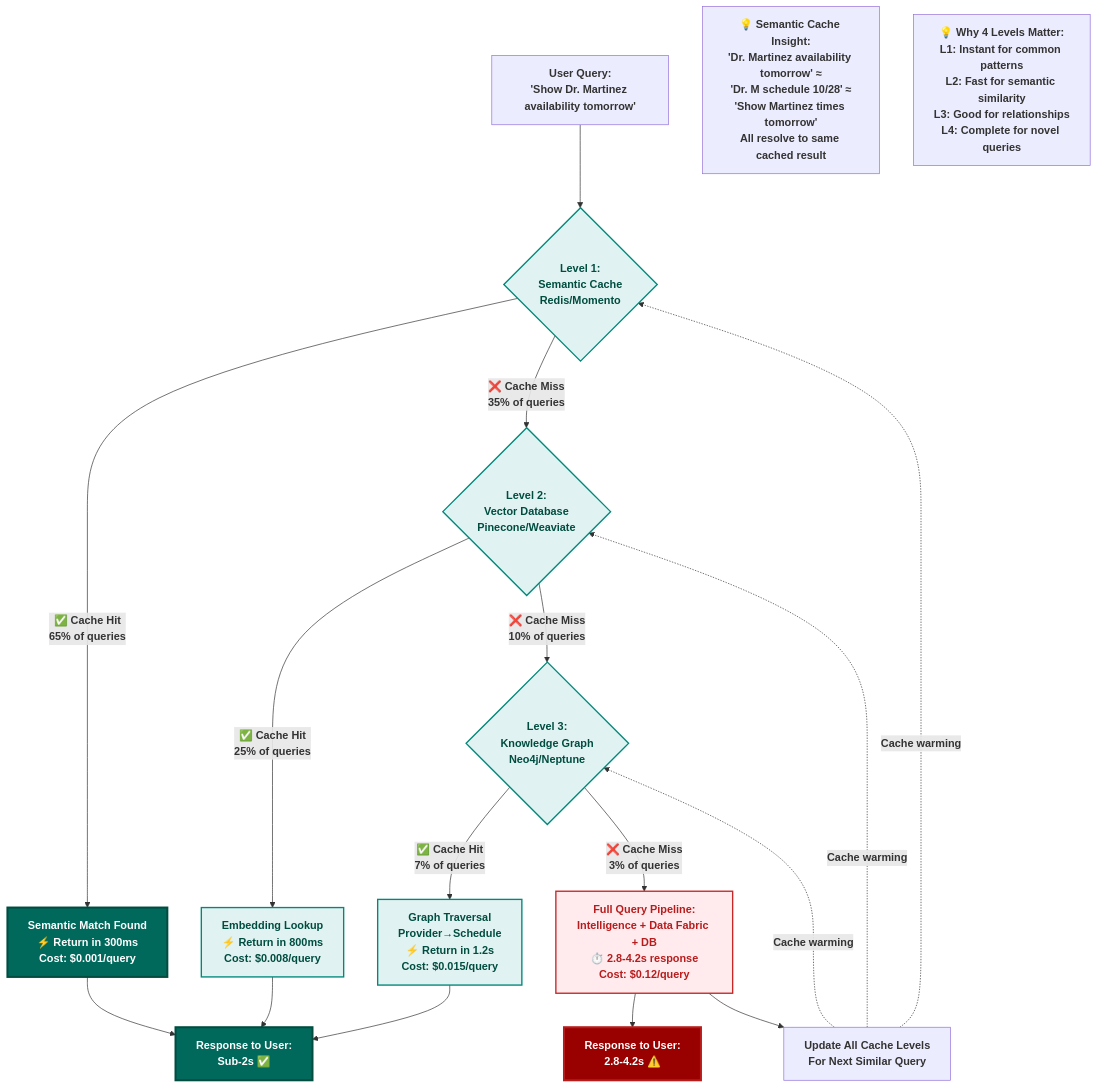
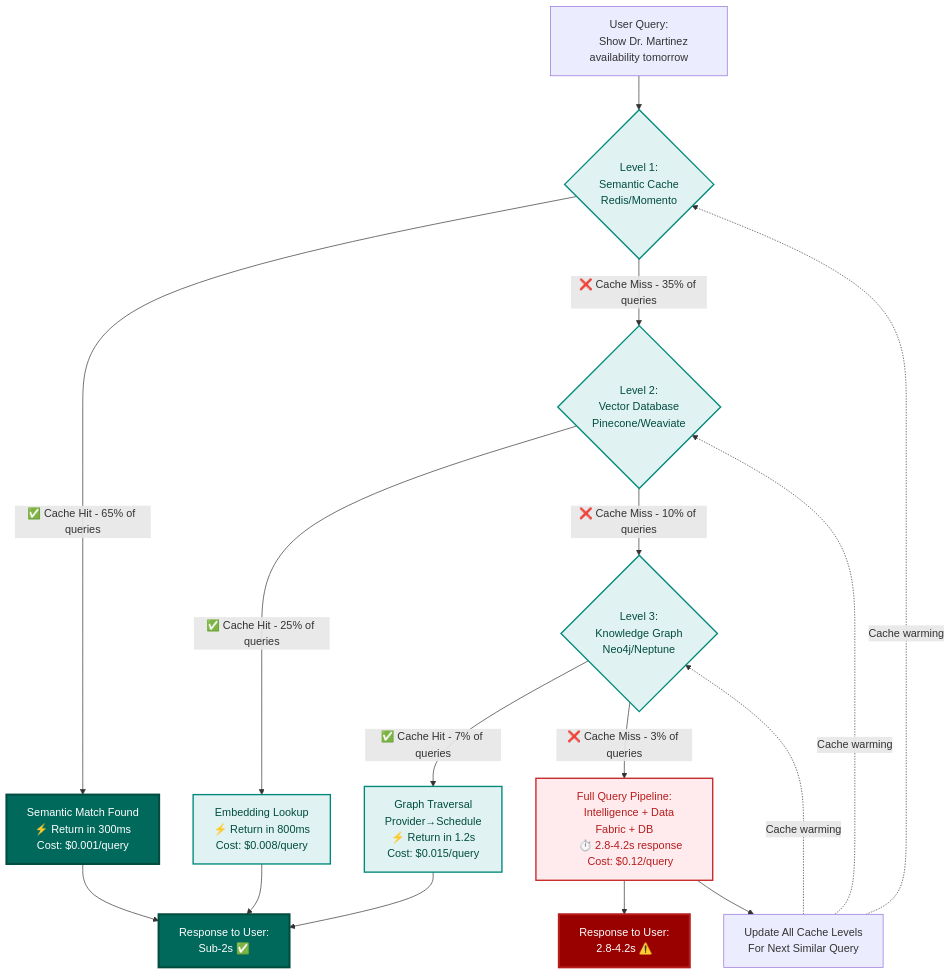
Before and after one commit to colaberry/enterprise-data-readiness-ai-agents: the fifth of 11 diagrams in chapter-02/chapter_2_complete.md, drawn with Mermaid. The commit also changed other lines of this file and 1 other file, not shown here.

First line of the commit message:
sequence diagrams updated with font fixes

````diff
--- a/chapter-02/chapter_2_complete.md
+++ b/chapter-02/chapter_2_complete.md
@@ -654,44 +673,60 @@
 ```mermaid
 graph TD
-    Q["<b>User Query:</b><br/><b>'Show Dr. Martinez availability tomorrow'</b>"]
+    Q["User Query:
+    Show Dr. Martinez availability tomorrow"]
     
-    Q --> L1{"<b>Level 1:</b><br/><b>Semantic Cache</b><br/><b>Redis/Momento</b>"}
+    Q --> L1{"Level 1:
+    Semantic Cache
+    Redis/Momento"}
     
-    L1 -->|<b>✅ Cache Hit</b><br/><b>65% of queries</b>| C1["<b>Semantic Match Found</b><br/><b>⚡ Return in 300ms</b><br/><b>Cost: $0.001/query</b>"]
+    L1 -->|✅ Cache Hit - 65% of queries| C1["Semantic Match Found
+    ⚡ Return in 300ms
+    Cost: $0.001/query"]
     
-    L1 -->|<b>❌ Cache Miss</b><br/><b>35% of queries</b>| L2{"<b>Level 2:</b><br/><b>Vector Database</b><br/><b>Pinecone/Weaviate</b>"}
+    L1 -->|❌ Cache Miss - 35% of queries| L2{"Level 2:
+    Vector Database
+    Pinecone/Weaviate"}
     
-    L2 -->|<b>✅ Cache Hit</b><br/><b>25% of queries</b>| C2["<b>Embedding Lookup</b><br/><b>⚡ Return in 800ms</b><br/><b>Cost: $0.008/query</b>"]
+    L2 -->|✅ Cache Hit - 25% of queries| C2["Embedding Lookup
+    ⚡ Return in 800ms
+    Cost: $0.008/query"]
     
-    L2 -->|<b>❌ Cache Miss</b><br/><b>10% of queries</b>| L3{"<b>Level 3:</b><br/><b>Knowledge Graph</b><br/><b>Neo4j/Neptune</b>"}
+    L2 -->|❌ Cache Miss - 10% of queries| L3{"Level 3:
+    Knowledge Graph
+    Neo4j/Neptune"}
     
-    L3 -->|<b>✅ Cache Hit</b><br/><b>7% of queries</b>| C3["<b>Graph Traversal</b><br/><b>Provider→Schedule</b><br/><b>⚡ Return in 1.2s</b><br/><b>Cost: $0.015/query</b>"]
+    L3 -->|✅ Cache Hit - 7% of queries| C3["Graph Traversal
+    Provider→Schedule
+    ⚡ Return in 1.2s
+    Cost: $0.015/query"]
     
-    L3 -->|<b>❌ Cache Miss</b><br/><b>3% of queries</b>| L4["<b>Full Query Pipeline:</b><br/><b>Intelligence + Data Fabric + DB</b><br/><b>⏱️ 2.8-4.2s response</b><br/><b>Cost: $0.12/query</b>"]
+    L3 -->|❌ Cache Miss - 3% of queries| L4["Full Query Pipeline:
+    Intelligence + Data Fabric + DB
+    ⏱️ 2.8-4.2s response
+    Cost: $0.12/query"]
     
-    C1 --> R["<b>Response to User:</b><br/><b>Sub-2s ✅</b>"]
+    C1 --> R["Response to User:
+    Sub-2s ✅"]
     C2 --> R
     C3 --> R
-    L4 --> SLOW["<b>Response to User:</b><br/><b>2.8-4.2s ⚠️</b>"]
+    L4 --> SLOW["Response to User:
+    2.8-4.2s ⚠️"]
     
-    L4 --> U["<b>Update All Cache Levels</b><br/><b>For Next Similar Query</b>"]
+    L4 --> U["Update All Cache Levels
+    For Next Similar Query"]
     
-    U -.->|<b>Cache warming</b>| L1
-    U -.->|<b>Cache warming</b>| L2
-    U -.->|<b>Cache warming</b>| L3
+    U -.->|Cache warming| L1
+    U -.->|Cache warming| L2
+    U -.->|Cache warming| L3
     
     style C1 fill:#00695c,color:#ffffff,stroke:#004d40,stroke-width:3px
     style C2 fill:#e0f2f1,stroke:#00897b,stroke-width:2px,color:#004d40
     style C3 fill:#e0f2f1,stroke:#00897b,stroke-width:2px,color:#004d40
     style L4 fill:#ffebee,stroke:#c62828,stroke-width:2px,color:#b71c1c
     style R fill:#00695c,color:#ffffff,stroke:#004d40,stroke-width:3px
     style SLOW fill:#990000,color:#ffffff,stroke:#b71c1c,stroke-width:3px
     
     style L1 fill:#e0f2f1,stroke:#00897b,stroke-width:2px,color:#004d40
     style L2 fill:#e0f2f1,stroke:#00897b,stroke-width:2px,color:#004d40
     style L3 fill:#e0f2f1,stroke:#00897b,stroke-width:2px,color:#004d40
-    
-    Note1["<b>💡 Semantic Cache Insight:</b><br/><b>'Dr. Martinez availability tomorrow' ≈</b><br/><b>'Dr. M schedule 10/28' ≈</b><br/><b>'Show Martinez times tomorrow'</b><br/><b>All resolve to same cached result</b>"]
-    
-    Note2["<b>💡 Why 4 Levels Matter:</b><br/><b>L1: Instant for common patterns</b><br/><b>L2: Fast for semantic similarity</b><br/><b>L3: Good for relationships</b><br/><b>L4: Complete for novel queries</b>"]
 ```
````
